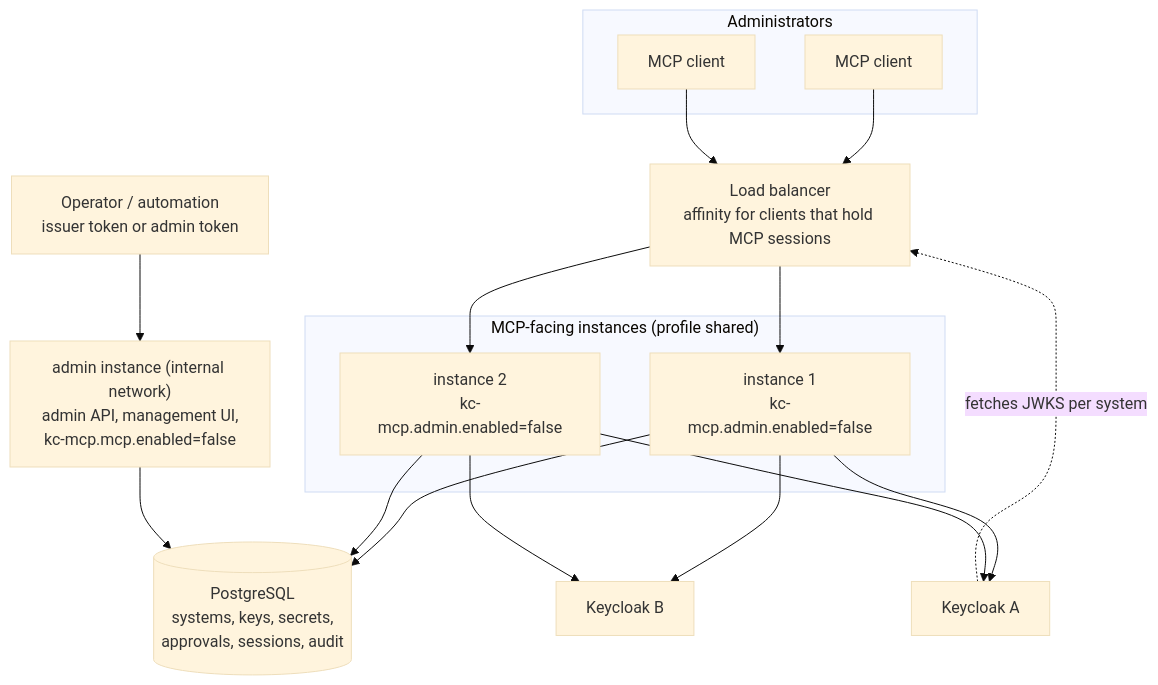
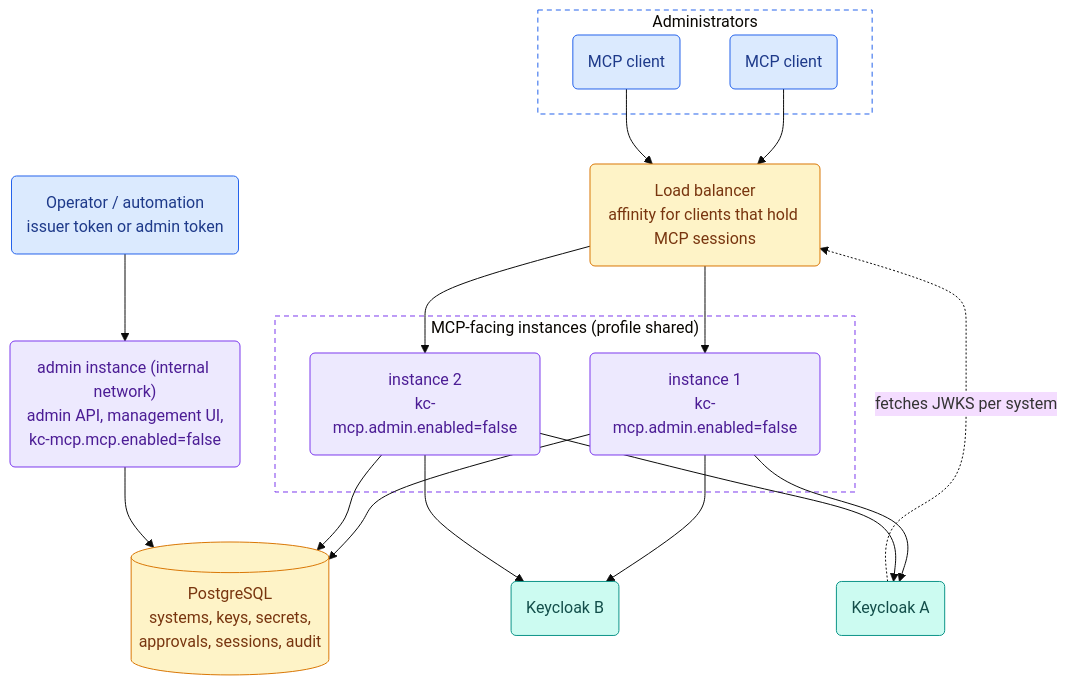
Before and after one commit to edewit/keycloak-mcp-server: the fifth of 8 diagrams in docs/scenarios.md, drawn with Mermaid (base theme). The commit also changed other lines of this file, not shown here.

Commit message:
Give the scenario diagrams a consistent colour language that works in light and dark themes

````diff
--- a/docs/scenarios.md
+++ b/docs/scenarios.md
@@ -116,30 +150,42 @@
 ```mermaid
 flowchart TB
     subgraph users["Administrators"]
-        C1["MCP client"]
-        C2["MCP client"]
+        C1("MCP client")
+        C2("MCP client")
     end
-    LB["Load balancer<br/>affinity for clients that hold MCP sessions"]
+    LB("Load balancer<br/>affinity for clients that hold MCP sessions")
     subgraph mcp["MCP-facing instances (profile shared)"]
-        I1["instance 1<br/>kc-mcp.admin.enabled=false"]
-        I2["instance 2<br/>kc-mcp.admin.enabled=false"]
+        I1("instance 1<br/>kc-mcp.admin.enabled=false")
+        I2("instance 2<br/>kc-mcp.admin.enabled=false")
     end
-    ADM["admin instance (internal network)<br/>admin API, management UI,<br/>kc-mcp.mcp.enabled=false"]
+    ADM("admin instance (internal network)<br/>admin API, management UI,<br/>kc-mcp.mcp.enabled=false")
     DB[("PostgreSQL<br/>systems, keys, secrets,<br/>approvals, sessions, audit")]
-    K1["Keycloak A"]
-    K2["Keycloak B"]
-    OPS["Operator / automation<br/>issuer token or admin token"]
+    K1("Keycloak A")
+    K2("Keycloak B")
+    OPS("Operator / automation<br/>issuer token or admin token")
     C1 --> LB
     C2 --> LB
     LB --> I1
     LB --> I2
     I1 --> DB
     I2 --> DB
     ADM --> DB
     OPS --> ADM
     I1 --> K1
     I1 --> K2
     I2 --> K1
     I2 --> K2
     K1 -. "fetches JWKS per system" .-> LB
+    classDef client fill:#dbeafe,stroke:#2563eb,color:#1e3a8a
+    classDef server fill:#ede9fe,stroke:#7c3aed,color:#4c1d95
+    classDef keycloak fill:#ccfbf1,stroke:#0d9488,color:#134e4a
+    classDef infra fill:#fef3c7,stroke:#d97706,color:#78350f
+    classDef confirm fill:#ffe4e6,stroke:#e11d48,color:#881337
+    classDef audit fill:#e2e8f0,stroke:#64748b,color:#1e293b
+    class C1,C2,OPS client
+    class I1,I2,ADM server
+    class LB,DB infra
+    class K1,K2 keycloak
+    style users fill:transparent,stroke:#2563eb,stroke-dasharray:5 4
+    style mcp fill:transparent,stroke:#7c3aed,stroke-dasharray:5 4
 ```
````
